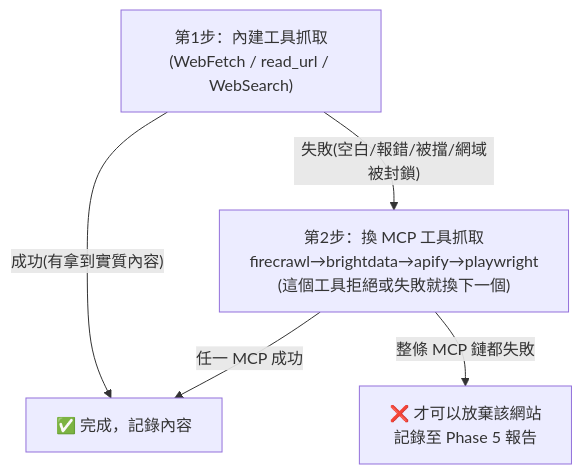
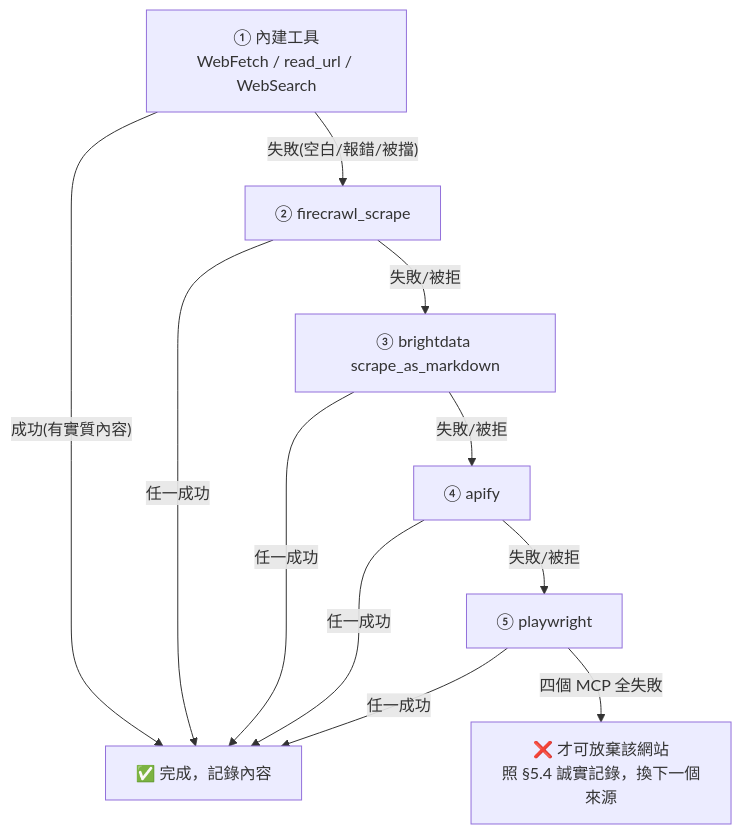
One commit to a9303001/FinancialReport changed the second of 2 diagrams in .claude/skills/CollectsentimentAndReports/SKILL.md. Above: the diagram before and after it, drawn with Mermaid. The commit also changed other lines of this file and 2 other files, not shown here.

````diff
--- a/.claude/skills/CollectsentimentAndReports/SKILL.md
+++ b/.claude/skills/CollectsentimentAndReports/SKILL.md
@@ -318,7 +73,10 @@
 ```mermaid
 graph TD
-    A["第1步：內建工具抓取<br>(WebFetch / read_url / WebSearch)"] -->|"成功(有拿到實質內容)"| S["✅ 完成，記錄內容"]
-    A -->|"失敗(空白/報錯/被擋/網域被封鎖)"| C["第2步：換 MCP 工具抓取<br>firecrawl→brightdata→apify→playwright<br>(這個工具拒絕或失敗就換下一個)"]
-    C -->|"任一 MCP 成功"| S
-    C -->|"整條 MCP 鏈都失敗"| F["❌ 才可以放棄該網站<br>記錄至 Phase 5 報告"]
+    A["① 內建工具<br>WebFetch / read_url / WebSearch"] -->|"成功(有實質內容)"| S["✅ 完成，記錄內容"]
+    A -->|"失敗(空白/報錯/被擋)"| B["② firecrawl_scrape"]
+    B -->|失敗/被拒| C["③ brightdata scrape_as_markdown"]
+    C -->|失敗/被拒| D["④ apify"]
+    D -->|失敗/被拒| E["⑤ playwright"]
+    B & C & D & E -->|任一成功| S
+    E -->|四個 MCP 全失敗| F["❌ 才可放棄該網站<br>照 §5.4 誠實記錄，換下一個來源"]
 ```
````
